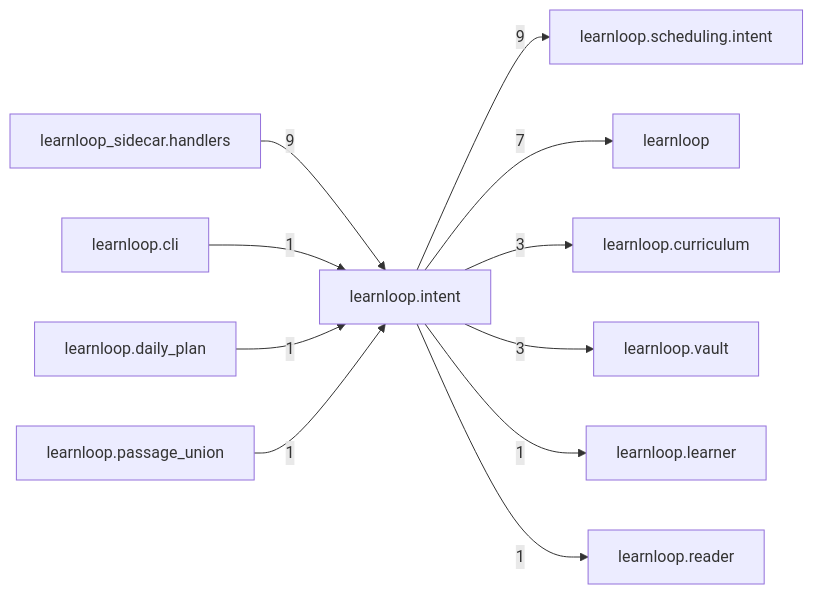
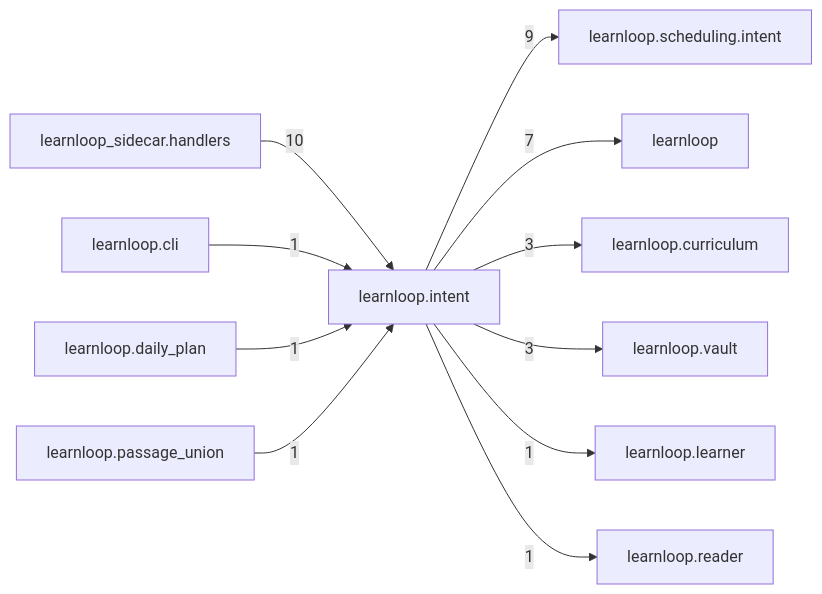
The diagram in docs/learnloop-architecture-vault/Reference/Modules/learnloop/intent/_package.md (6up-b/learnanything), drawn with Mermaid before and after one commit. The commit also changed other lines of this file and 56 other files, not shown here.

````diff
--- a/docs/learnloop-architecture-vault/Reference/Modules/learnloop/intent/_package.md
+++ b/docs/learnloop-architecture-vault/Reference/Modules/learnloop/intent/_package.md
@@ -81,24 +81,24 @@
 ```mermaid
 flowchart LR
     center["learnloop.intent"]
+    n_learnloop_sidecar_handlers["learnloop_sidecar.handlers"]
     n_learnloop_scheduling_intent["learnloop.scheduling.intent"]
-    n_learnloop_sidecar_handlers["learnloop_sidecar.handlers"]
     n_learnloop["learnloop"]
     n_learnloop_curriculum["learnloop.curriculum"]
     n_learnloop_vault["learnloop.vault"]
     n_learnloop_cli["learnloop.cli"]
     n_learnloop_daily_plan["learnloop.daily_plan"]
     n_learnloop_learner["learnloop.learner"]
     n_learnloop_passage_union["learnloop.passage_union"]
     n_learnloop_reader["learnloop.reader"]
+    n_learnloop_sidecar_handlers -->|10| center
     center -->|9| n_learnloop_scheduling_intent
-    n_learnloop_sidecar_handlers -->|9| center
     center -->|7| n_learnloop
     center -->|3| n_learnloop_curriculum
     center -->|3| n_learnloop_vault
     n_learnloop_cli -->|1| center
     n_learnloop_daily_plan -->|1| center
     center -->|1| n_learnloop_learner
     n_learnloop_passage_union -->|1| center
     center -->|1| n_learnloop_reader
 ```
````
